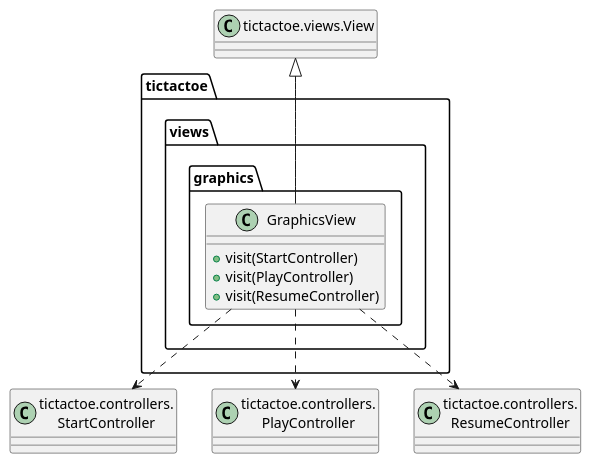
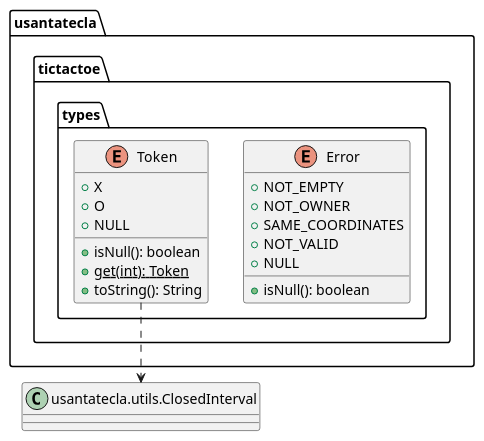
The third of 6 diagrams in modelViewPresenter/presentationModel/withComposite/docs/diagrams/src/paquetes.plantuml (Jolucaa/USantaTecla-project-ticTacToe), drawn with PlantUML before and after one commit. The commit also changed other lines of this file and 8 other files, not shown here.

```diff
--- a/modelViewPresenter/presentationModel/withComposite/docs/diagrams/src/paquetes.plantuml
+++ b/modelViewPresenter/presentationModel/withComposite/docs/diagrams/src/paquetes.plantuml
@@ -156,18 +156,24 @@
-@startuml paqueteTicTacToeViewsGraphics
-class View as "tictactoe.views.View" {}
-class StartController as "tictactoe.controllers.\nStartController" {}
-class PlayController as "tictactoe.controllers.\nPlayController" {}
-class ResumeController as "tictactoe.controllers.\nResumeController" {}
+@startuml paqueteTypes
 
-class  tictactoe.views.graphics.GraphicsView{
-  + visit(StartController)
-  + visit(PlayController)
-  + visit(ResumeController)
+class ClosedInterval as "usantatecla.utils.ClosedInterval"
+
+enum usantatecla.tictactoe.types.Error{
+  + NOT_EMPTY
+  + NOT_OWNER
+  + SAME_COORDINATES
+  + NOT_VALID
+  + NULL
+  + isNull(): boolean
 }
-tictactoe.views.graphics.GraphicsView .down.> StartController
-tictactoe.views.graphics.GraphicsView .down.> PlayController
-tictactoe.views.graphics.GraphicsView .down.> ResumeController
 
-View <|-down- tictactoe.views.graphics.GraphicsView
+enum usantatecla.tictactoe.types.Token{
+  + X
+  + O
+  + NULL
+  + isNull(): boolean
+  + {static} get(int): Token
+  + toString(): String
+}
+usantatecla.tictactoe.types.Token .down.> ClosedInterval
 
 @enduml
```
